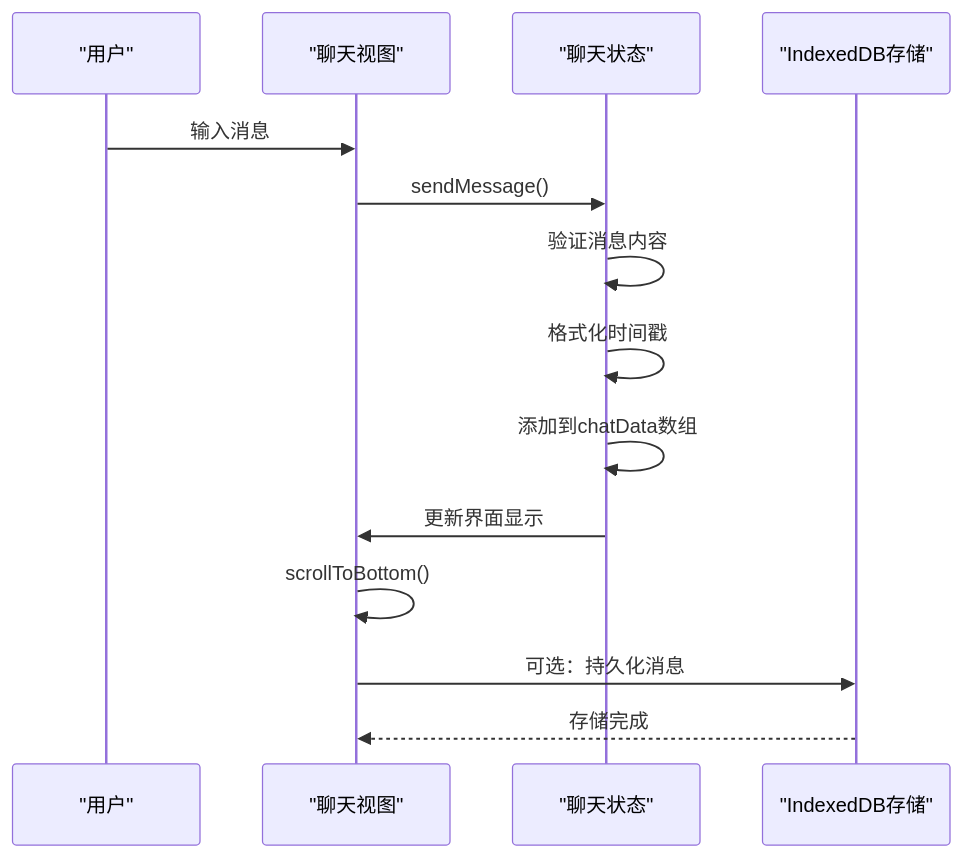
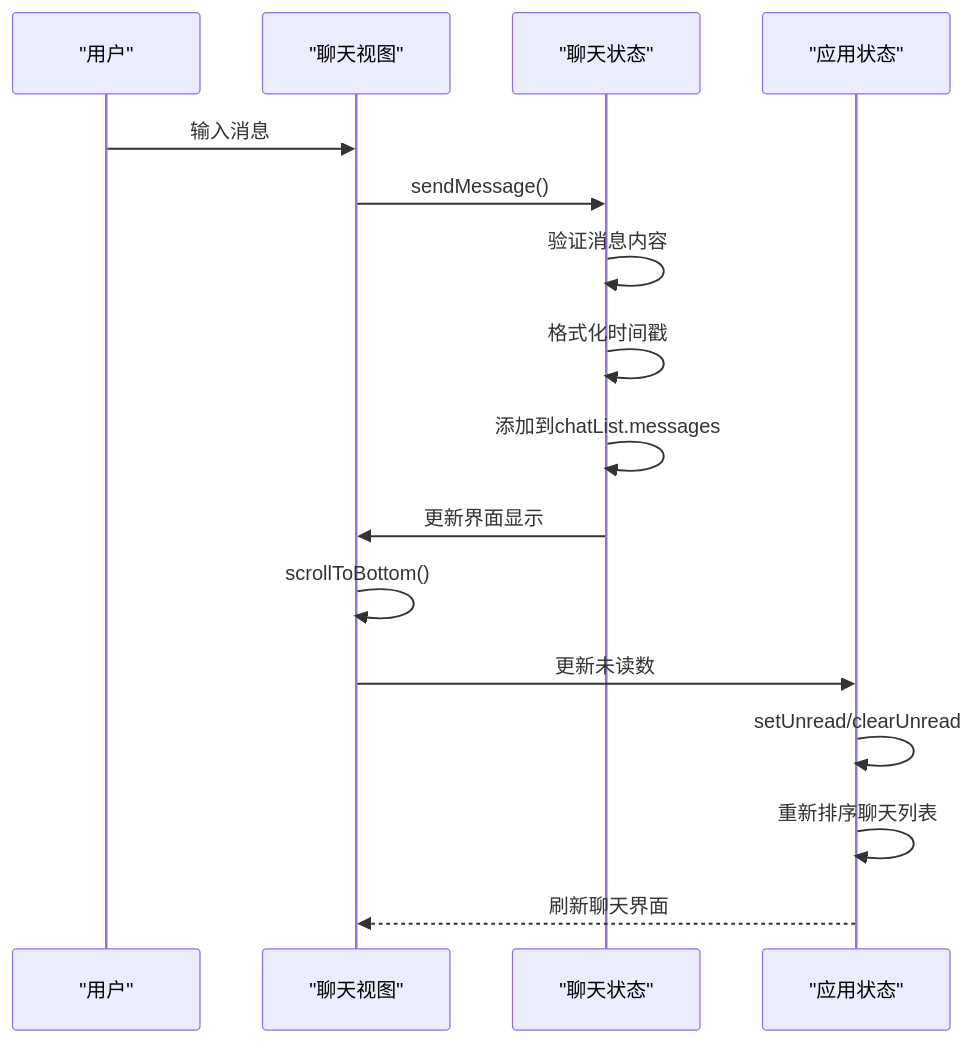
Before and after one commit to giserman001/vue3-vant4-mobile: the eighth of 11 diagrams in .qoder/repowiki/zh/content/核心系统/状态管理系统/状态管理系统.md, drawn with Mermaid. The commit also changed other lines of this file and 13 other files, not shown here.

````diff
--- a/.qoder/repowiki/zh/content/核心系统/状态管理系统/状态管理系统.md
+++ b/.qoder/repowiki/zh/content/核心系统/状态管理系统/状态管理系统.md
@@ -474,16 +501,18 @@
 ```mermaid
 sequenceDiagram
 participant User as "用户"
 participant ChatView as "聊天视图"
 participant ChatStore as "聊天状态"
-participant IndexedDB as "IndexedDB存储"
+participant AppStore as "应用状态"
 User->>ChatView : 输入消息
 ChatView->>ChatStore : sendMessage()
 ChatStore->>ChatStore : 验证消息内容
 ChatStore->>ChatStore : 格式化时间戳
-ChatStore->>ChatStore : 添加到chatData数组
+ChatStore->>ChatStore : 添加到chatList.messages
 ChatStore->>ChatView : 更新界面显示
 ChatView->>ChatView : scrollToBottom()
-ChatView->>IndexedDB : 可选：持久化消息
-IndexedDB-->>ChatView : 存储完成
+ChatView->>AppStore : 更新未读数
+AppStore->>AppStore : setUnread/clearUnread
+AppStore->>AppStore : 重新排序聊天列表
+AppStore-->>ChatView : 刷新聊天界面
 ```
````
